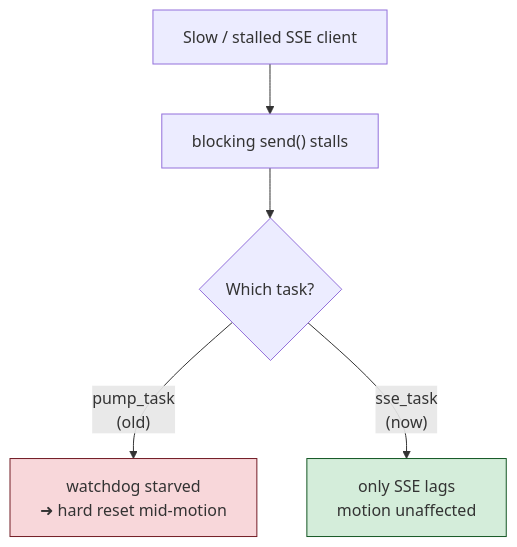
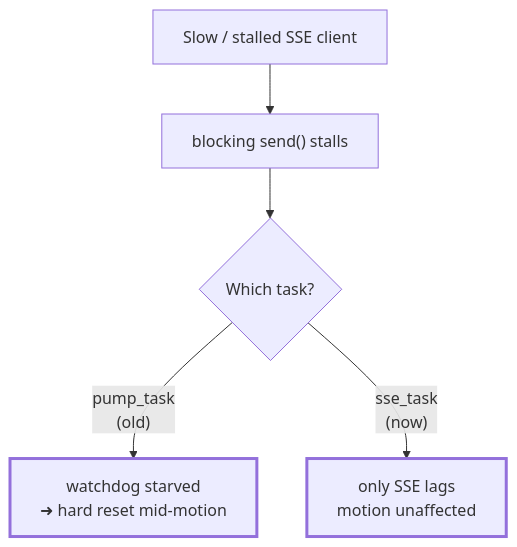
The third of 5 diagrams in docs/ARCHITECTURE.md (jimisola/AutoLee), drawn with Mermaid before and after one commit. The commit also changed other lines of this file and 3 other files, not shown here.

````diff
--- a/docs/ARCHITECTURE.md
+++ b/docs/ARCHITECTURE.md
@@ -100,10 +100,10 @@
 ```mermaid
 flowchart TB
     A["Slow / stalled SSE client"] --> B["blocking send() stalls"]
     B --> C{"Which task?"}
     C -->|"pump_task<br/>(old)"| D["watchdog starved<br/>➜ hard reset mid-motion"]
     C -->|"sse_task<br/>(now)"| E["only SSE lags<br/>motion unaffected"]
 
-    style D fill:#f8d7da,stroke:#721c24
-    style E fill:#d4edda,stroke:#155724
+    style D stroke-width:3px
+    style E stroke-width:3px
 ```
````
